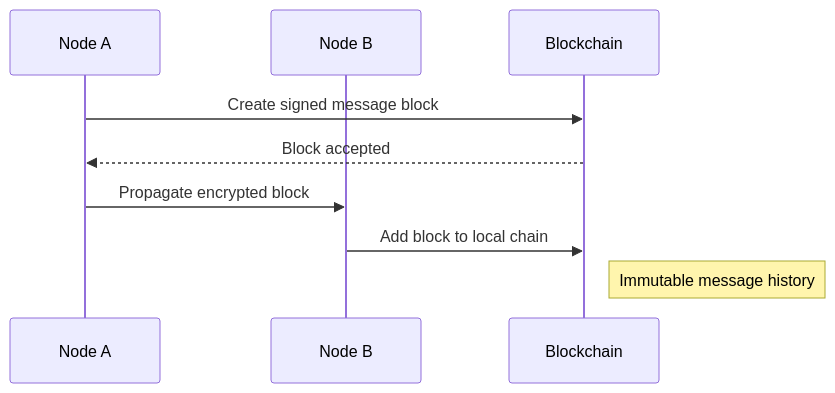
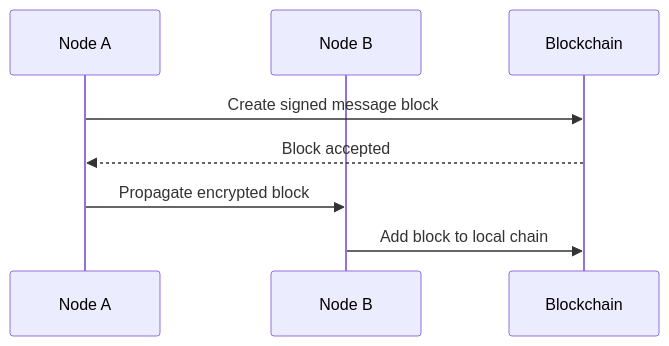
One commit to LunaLynx12/PQC-Hub changed the third of 3 diagrams in README.md. Above: the diagram before and after it, drawn with Mermaid. The commit also changed other lines of this file, not shown here.

````diff
--- a/README.md
+++ b/README.md
@@ -85,14 +139,12 @@
 ```mermaid
 sequenceDiagram
     participant NodeA as Node A
     participant NodeB as Node B
     participant Chain as Blockchain
 
     NodeA->>Chain: Create signed message block
     Chain-->>NodeA: Block accepted
 
     NodeA->>NodeB: Propagate encrypted block
     NodeB->>Chain: Add block to local chain
-
-    Note right of Chain: Immutable message history
 ```
````
